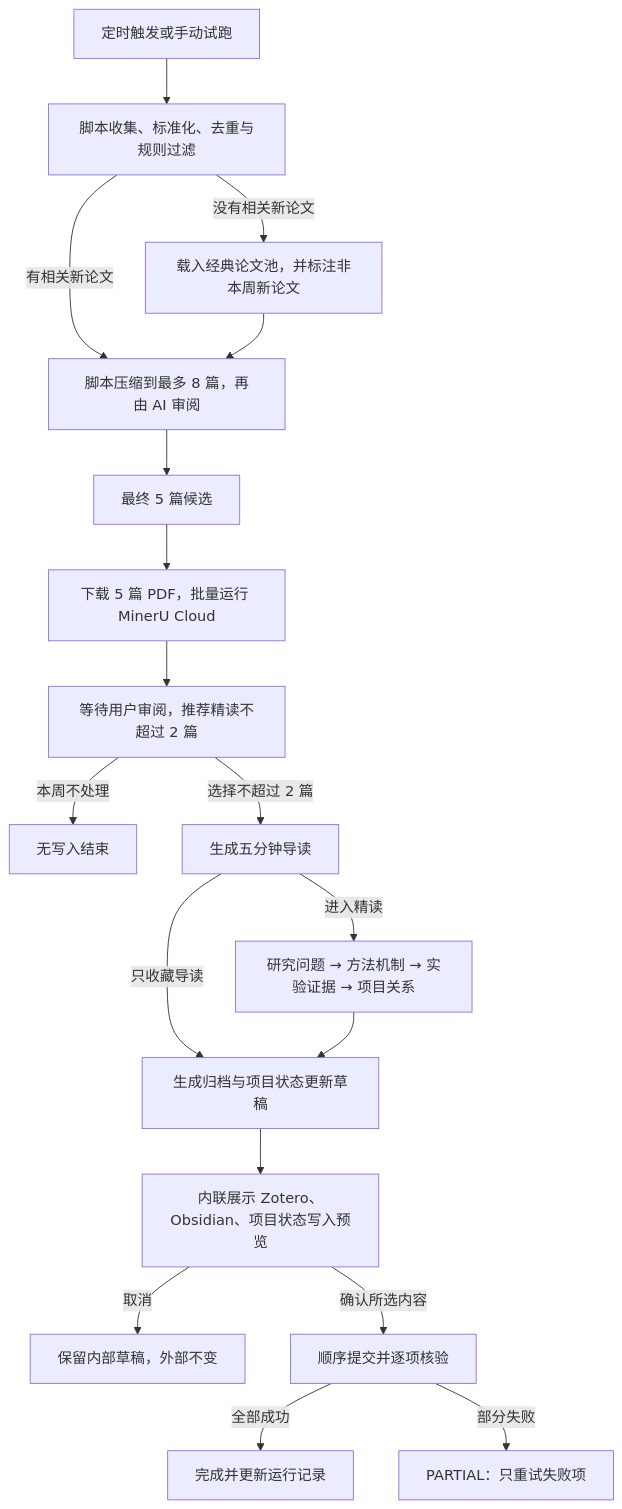
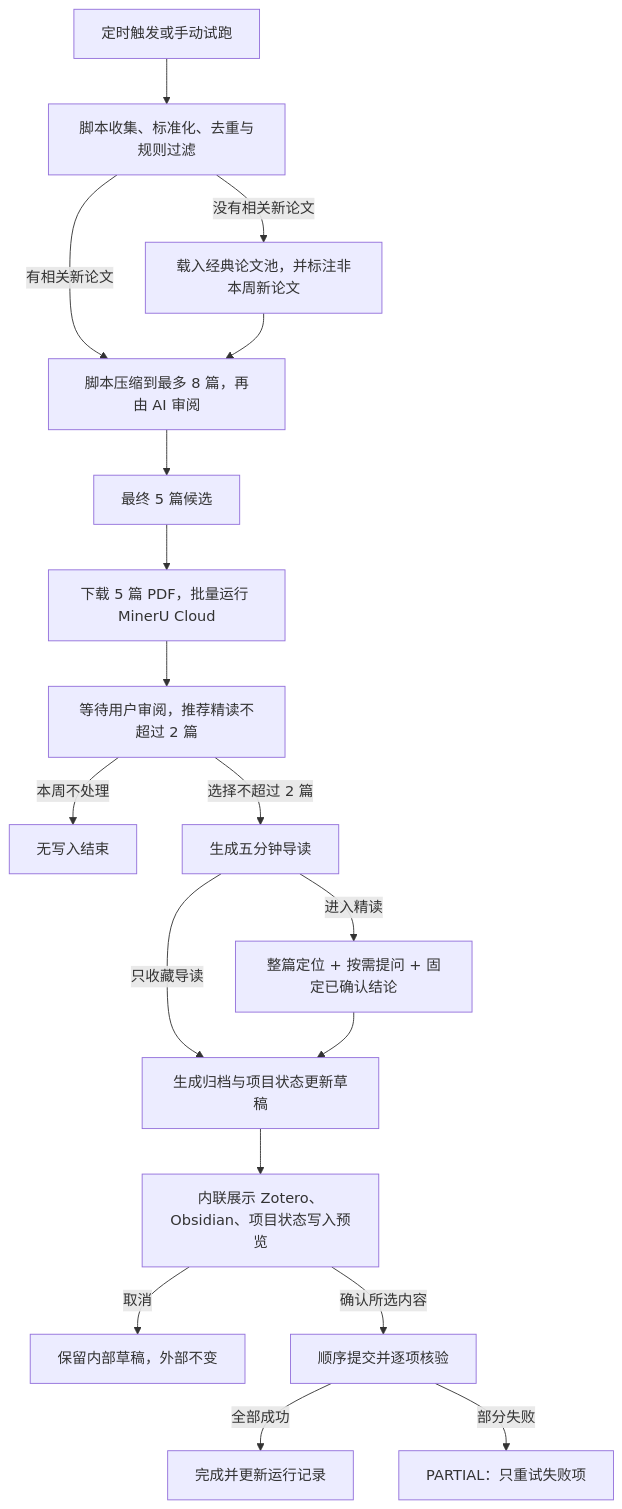
One commit to yuzhou4t/pi changed the diagram in docs/v1-journal-reading-workflow.md. Above: the diagram before and after it, drawn with Mermaid. The commit also changed other lines of this file and 94 other files, not shown here.

````diff
--- a/docs/v1-journal-reading-workflow.md
+++ b/docs/v1-journal-reading-workflow.md
@@ -97,20 +97,20 @@
 ```mermaid
 flowchart TD
   A["定时触发或手动试跑"] --> B["脚本收集、标准化、去重与规则过滤"]
   B -->|"有相关新论文"| C["脚本压缩到最多 8 篇，再由 AI 审阅"]
   B -->|"没有相关新论文"| N["载入经典论文池，并标注非本周新论文"]
   N --> C
   C --> D["最终 5 篇候选"]
   D --> E["下载 5 篇 PDF，批量运行 MinerU Cloud"]
   E --> R["等待用户审阅，推荐精读不超过 2 篇"]
   R -->|"本周不处理"| X["无写入结束"]
   R -->|"选择不超过 2 篇"| F["生成五分钟导读"]
   F -->|"只收藏导读"| H["生成归档与项目状态更新草稿"]
-  F -->|"进入精读"| G["研究问题 → 方法机制 → 实验证据 → 项目关系"]
+  F -->|"进入精读"| G["整篇定位 + 按需提问 + 固定已确认结论"]
   G --> H
   H --> I["内联展示 Zotero、Obsidian、项目状态写入预览"]
   I -->|"取消"| P["保留内部草稿，外部不变"]
   I -->|"确认所选内容"| J["顺序提交并逐项核验"]
   J -->|"全部成功"| K["完成并更新运行记录"]
   J -->|"部分失败"| L["PARTIAL：只重试失败项"]
 ```
````
